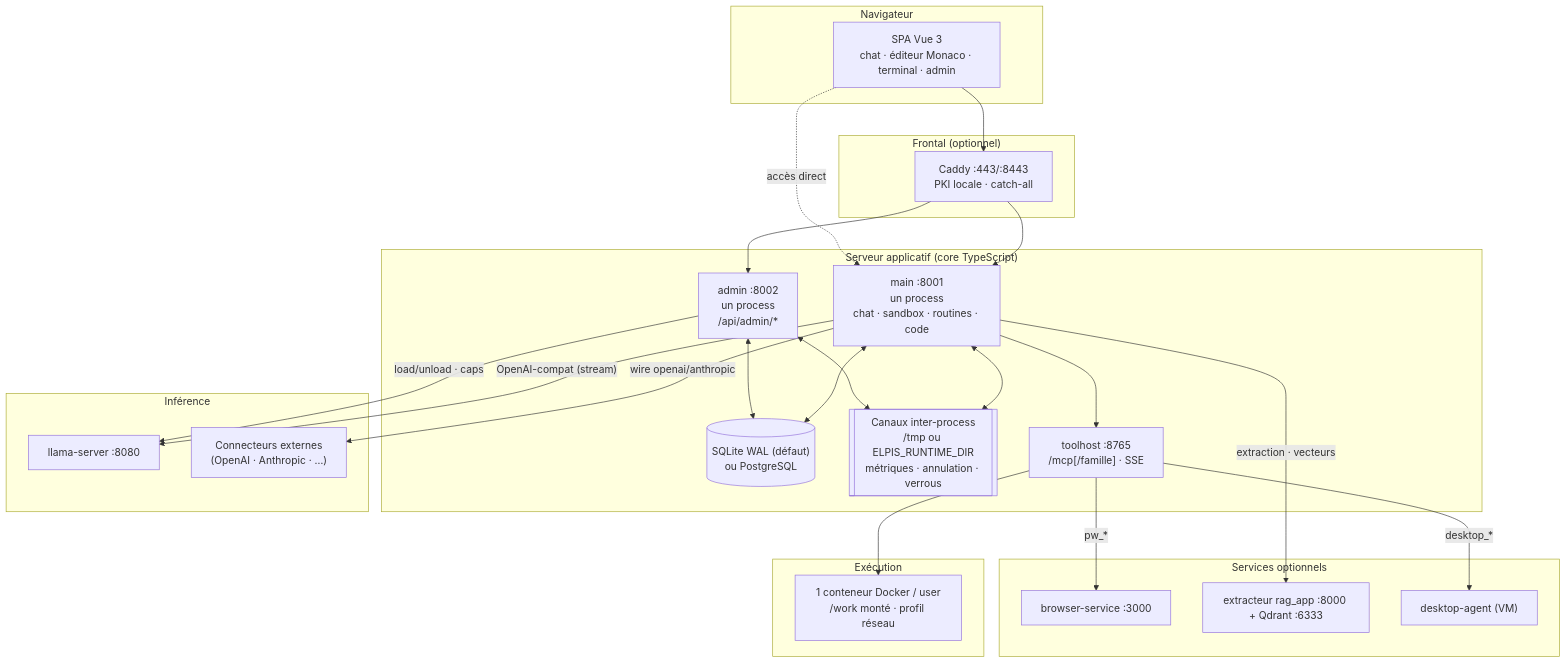
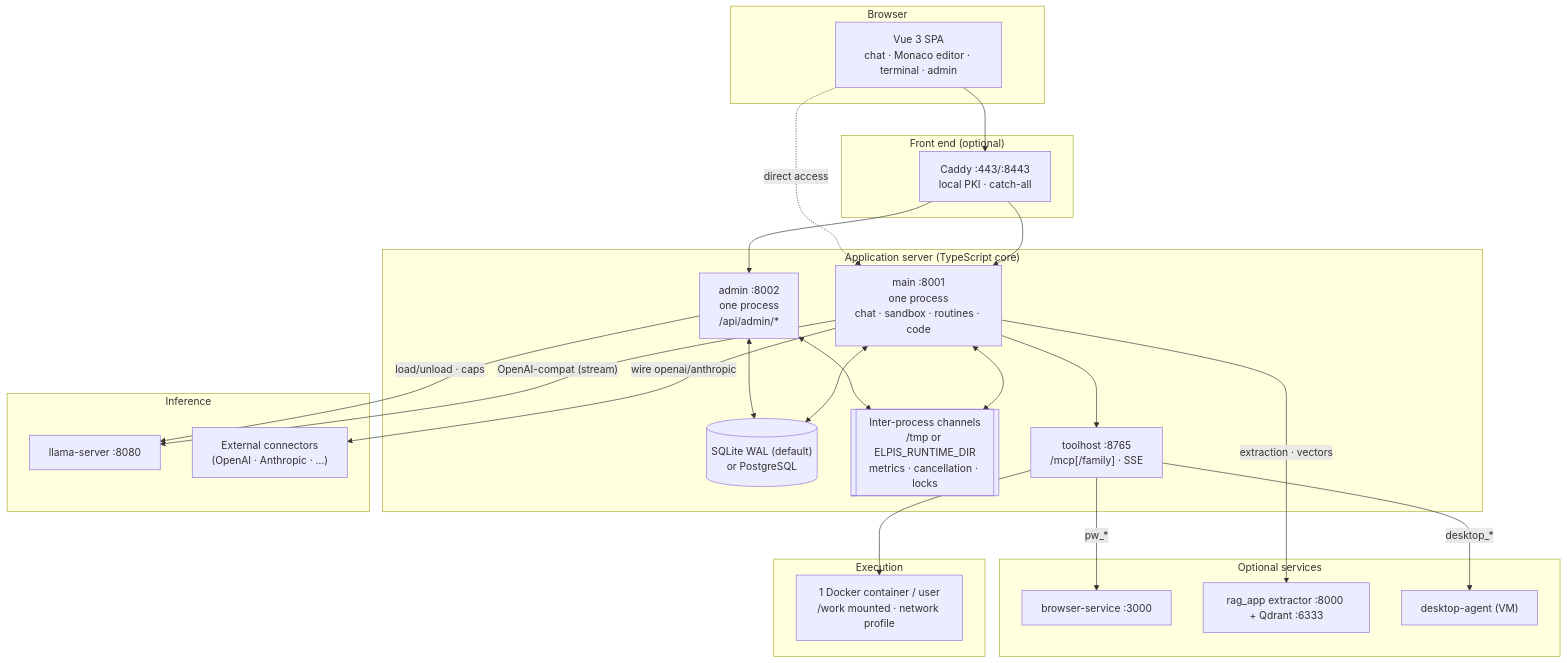
Before and after one commit to toto-fou/Elpis: the first of 16 diagrams in docs/architecture.md, drawn with Mermaid. The commit also changed other lines of this file and 43 other files, not shown here.

````diff
--- a/docs/architecture.md
+++ b/docs/architecture.md
@@ -156,47 +160,47 @@
 ```mermaid
 flowchart TB
-    subgraph Client["Navigateur"]
-        SPA["SPA Vue 3<br/>chat · éditeur Monaco · terminal · admin"]
+    subgraph Client["Browser"]
+        SPA["Vue 3 SPA<br/>chat · Monaco editor · terminal · admin"]
     end
 
-    subgraph Edge["Frontal (optionnel)"]
-        Caddy["Caddy :443/:8443<br/>PKI locale · catch-all"]
+    subgraph Edge["Front end (optional)"]
+        Caddy["Caddy :443/:8443<br/>local PKI · catch-all"]
     end
 
-    subgraph AppServer["Serveur applicatif (core TypeScript)"]
-        Main["main :8001<br/>un process<br/>chat · sandbox · routines · code"]
-        Admin["admin :8002<br/>un process<br/>/api/admin/*"]
-        DB[("SQLite WAL (défaut)<br/>ou PostgreSQL")]
-        Spool[["Canaux inter-process<br/>/tmp ou ELPIS_RUNTIME_DIR<br/>métriques · annulation · verrous"]]
-        MCP["toolhost :8765<br/>/mcp[/famille] · SSE"]
+    subgraph AppServer["Application server (TypeScript core)"]
+        Main["main :8001<br/>one process<br/>chat · sandbox · routines · code"]
+        Admin["admin :8002<br/>one process<br/>/api/admin/*"]
+        DB[("SQLite WAL (default)<br/>or PostgreSQL")]
+        Spool[["Inter-process channels<br/>/tmp or ELPIS_RUNTIME_DIR<br/>metrics · cancellation · locks"]]
+        MCP["toolhost :8765<br/>/mcp[/family] · SSE"]
     end
 
-    subgraph Exec["Exécution"]
-        Docker["1 conteneur Docker / user<br/>/work monté · profil réseau"]
+    subgraph Exec["Execution"]
+        Docker["1 Docker container / user<br/>/work mounted · network profile"]
     end
 
-    subgraph LLM["Inférence"]
+    subgraph LLM["Inference"]
         Llama["llama-server :8080"]
-        Ext["Connecteurs externes<br/>(OpenAI · Anthropic · …)"]
+        Ext["External connectors<br/>(OpenAI · Anthropic · …)"]
     end
 
-    subgraph Optional["Services optionnels"]
+    subgraph Optional["Optional services"]
         Browser["browser-service :3000"]
-        RAG["extracteur rag_app :8000 + Qdrant :6333"]
+        RAG["rag_app extractor :8000 + Qdrant :6333"]
         Desk["desktop-agent (VM)"]
     end
 
     SPA --> Caddy --> Main & Admin
-    SPA -. "accès direct" .-> Main
+    SPA -. "direct access" .-> Main
     Main <--> DB
     Admin <--> DB
     Main <--> Spool
     Admin <--> Spool
     Main --> MCP --> Docker
     Main -- "OpenAI-compat (stream)" --> Llama
     Main -- "wire openai/anthropic" --> Ext
     Admin -- "load/unload · caps" --> Llama
     MCP -- "pw_*" --> Browser
     MCP -- "desktop_*" --> Desk
-    Main -- "extraction · vecteurs" --> RAG
+    Main -- "extraction · vectors" --> RAG
 ```
````
